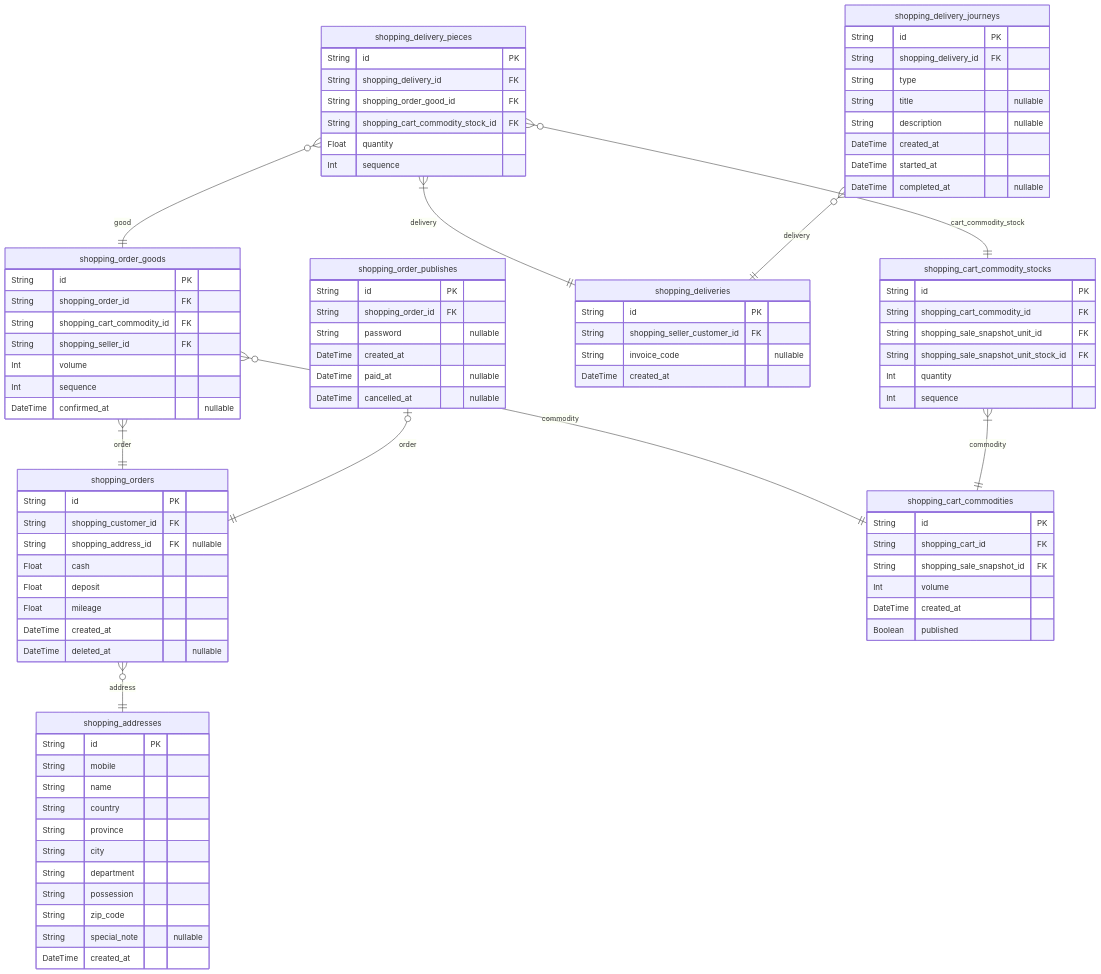
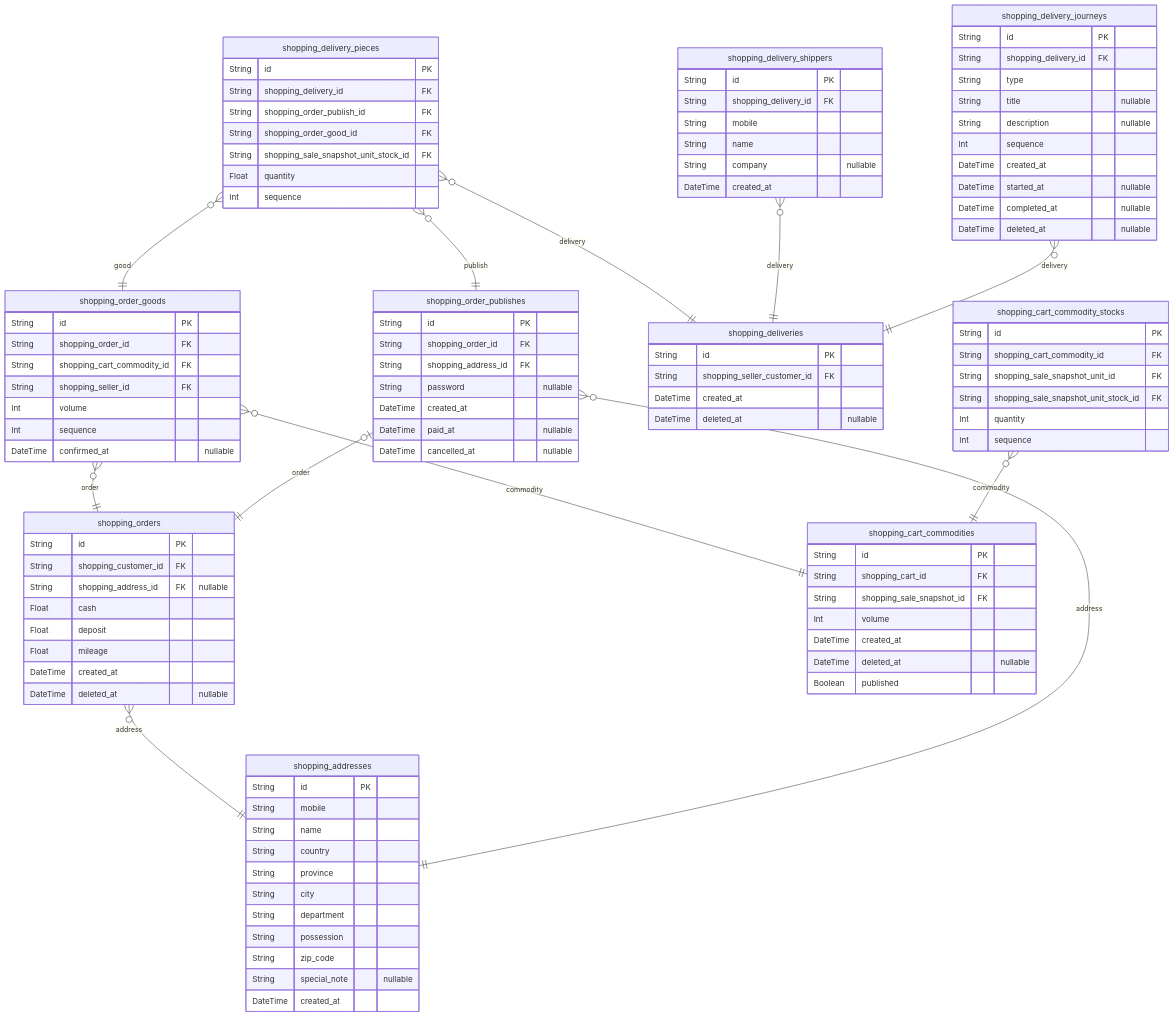
One commit to samchon/prisma-markdown changed the sixth of 10 diagrams in ERD.md. Above: the diagram before and after it, drawn with Mermaid. The commit also changed other lines of this file and 13 other files, not shown here.

````diff
--- a/ERD.md
+++ b/ERD.md
@@ -1386,92 +1420,107 @@
 ```mermaid
 erDiagram
 "shopping_orders" {
-    String id PK
-    String shopping_customer_id FK
-    String shopping_address_id FK "nullable"
-    Float cash
-    Float deposit
-    Float mileage
-    DateTime created_at
-    DateTime deleted_at "nullable"
+  String id PK
+  String shopping_customer_id FK
+  String shopping_address_id FK "nullable"
+  Float cash
+  Float deposit
+  Float mileage
+  DateTime created_at
+  DateTime deleted_at "nullable"
 }
 "shopping_order_goods" {
-    String id PK
-    String shopping_order_id FK
-    String shopping_cart_commodity_id FK
-    String shopping_seller_id FK
-    Int volume
-    Int sequence
-    DateTime confirmed_at "nullable"
+  String id PK
+  String shopping_order_id FK
+  String shopping_cart_commodity_id FK
+  String shopping_seller_id FK
+  Int volume
+  Int sequence
+  DateTime confirmed_at "nullable"
 }
 "shopping_order_publishes" {
-    String id PK
-    String shopping_order_id FK
-    String password "nullable"
-    DateTime created_at
-    DateTime paid_at "nullable"
-    DateTime cancelled_at "nullable"
+  String id PK
+  String shopping_order_id FK
+  String shopping_address_id FK
+  String password "nullable"
+  DateTime created_at
+  DateTime paid_at "nullable"
+  DateTime cancelled_at "nullable"
 }
 "shopping_deliveries" {
-    String id PK
-    String shopping_seller_customer_id FK
-    String invoice_code "nullable"
-    DateTime created_at
+  String id PK
+  String shopping_seller_customer_id FK
+  DateTime created_at
+  DateTime deleted_at "nullable"
 }
 "shopping_delivery_pieces" {
-    String id PK
-    String shopping_delivery_id FK
-    String shopping_order_good_id FK
-    String shopping_cart_commodity_stock_id FK
-    Float quantity
-    Int sequence
+  String id PK
+  String shopping_delivery_id FK
+  String shopping_order_publish_id FK
+  String shopping_order_good_id FK
+  String shopping_sale_snapshot_unit_stock_id FK
+  Float quantity
+  Int sequence
+}
+"shopping_delivery_shippers" {
+  String id PK
+  String shopping_delivery_id FK
+  String mobile
+  String name
+  String company "nullable"
+  DateTime created_at
 }
 "shopping_delivery_journeys" {
-    String id PK
-    String shopping_delivery_id FK
-    String type
-    String title "nullable"
-    String description "nullable"
-    DateTime created_at
-    DateTime started_at
-    DateTime completed_at "nullable"
+  String id PK
+  String shopping_delivery_id FK
+  String type
+  String title "nullable"
+  String description "nullable"
+  Int sequence
+  DateTime created_at
+  DateTime started_at "nullable"
+  DateTime completed_at "nullable"
+  DateTime deleted_at "nullable"
 }
 "shopping_addresses" {
-    String id PK
-    String mobile
-    String name
-    String country
-    String province
-    String city
-    String department
-    String possession
-    String zip_code
-    String special_note "nullable"
-    DateTime created_at
+  String id PK
+  String mobile
+  String name
+  String country
+  String province
+  String city
+  String department
+  String possession
+  String zip_code
+  String special_note "nullable"
+  DateTime created_at
 }
 "shopping_cart_commodities" {
-    String id PK
-    String shopping_cart_id FK
-    String shopping_sale_snapshot_id FK
-    Int volume
-    DateTime created_at
-    Boolean published
+  String id PK
+  String shopping_cart_id FK
+  String shopping_sale_snapshot_id FK
+  Int volume
+  DateTime created_at
+  DateTime deleted_at "nullable"
+  Boolean published
 }
 "shopping_cart_commodity_stocks" {
-    String id PK
-    String shopping_cart_commodity_id FK
-    String shopping_sale_snapshot_unit_id FK
-    String shopping_sale_snapshot_unit_stock_id FK
-    Int quantity
-    Int sequence
+  String id PK
+  String shopping_cart_commodity_id FK
+  String shopping_sale_snapshot_unit_id FK
+  String shopping_sale_snapshot_unit_stock_id FK
+  Int quantity
+  Int sequence
 }
 "shopping_orders" }o--|| "shopping_addresses" : address
-"shopping_order_goods" }|--|| "shopping_orders" : order
+"shopping_order_goods" }o--|| "shopping_orders" : order
 "shopping_order_goods" }o--|| "shopping_cart_commodities" : commodity
 "shopping_order_publishes" |o--|| "shopping_orders" : order
-"shopping_delivery_pieces" }|--|| "shopping_deliveries" : delivery
+"shopping_order_publishes" }o--|| "shopping_addresses" : address
+"shopping_delivery_pieces" }o--|| "shopping_deliveries" : delivery
+"shopping_delivery_pieces" }o--|| "shopping_order_publishes" : publish
 "shopping_delivery_pieces" }o--|| "shopping_order_goods" : good
-"shopping_delivery_pieces" }o--|| "shopping_cart_commodity_stocks" : cart_commodity_stock
+"shopping_delivery_shippers" }o--|| "shopping_deliveries" : delivery
 "shopping_delivery_journeys" }o--|| "shopping_deliveries" : delivery
-"shopping_cart_commodity_stocks" }|--|| "shopping_cart_commodities" : commodity
+"shopping_cart_commodity_stocks" }o--|| "shopping_cart_commodities" : commodity
 ```
````
